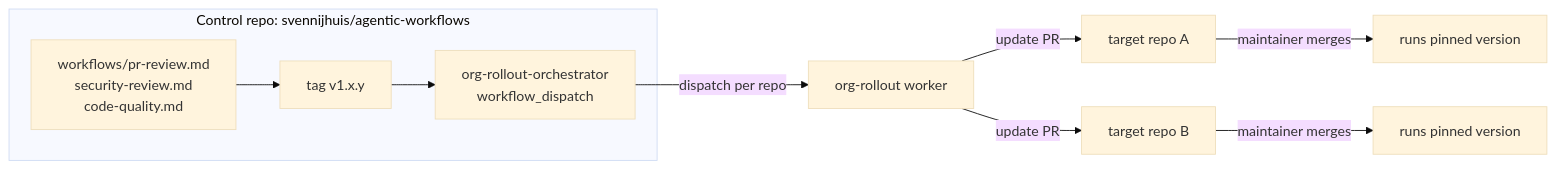
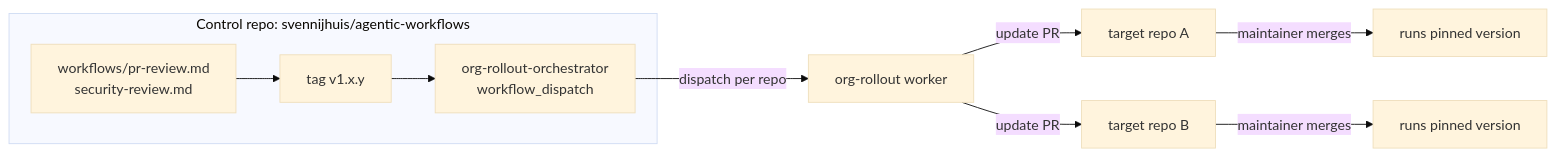
Before and after one commit to svennijhuis/agentic-workflows: the diagram in docs/how-to/org-flow.md, drawn with Mermaid (base theme). The commit also changed other lines of this file and 13 other files, not shown here.

````diff
--- a/docs/how-to/org-flow.md
+++ b/docs/how-to/org-flow.md
@@ -5,12 +5,12 @@
 ```mermaid
 flowchart LR
   subgraph control["Control repo: svennijhuis/agentic-workflows"]
-    WF[workflows/pr-review.md<br/>security-review.md<br/>code-quality.md] --> TAG[tag v1.x.y]
+    WF[workflows/pr-review.md<br/>security-review.md] --> TAG[tag v1.x.y]
     TAG --> ORCH[org-rollout-orchestrator<br/>workflow_dispatch]
   end
   ORCH -->|dispatch per repo| W1[org-rollout worker]
   W1 -->|update PR| R1[target repo A]
   W1 -->|update PR| R2[target repo B]
   R1 -->|maintainer merges| RUN1[runs pinned version]
   R2 -->|maintainer merges| RUN2[runs pinned version]
 ```
````
